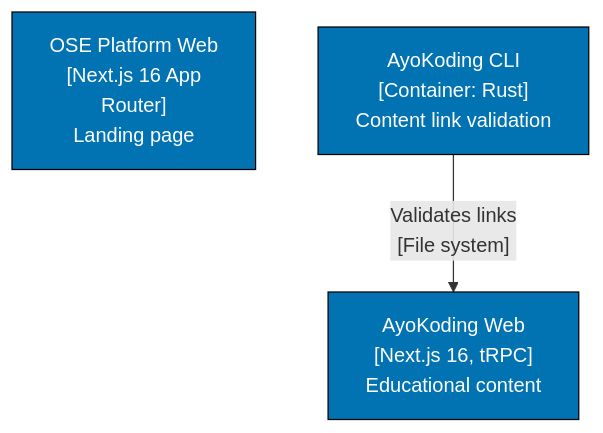
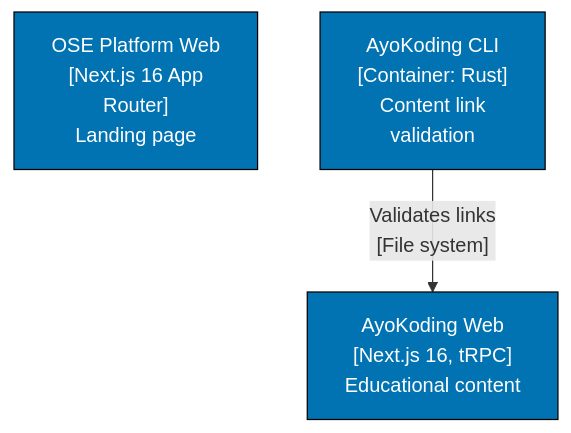
The first of 3 diagrams in docs/explanation/software-engineering/architecture/c4-architecture-model/nx-workspace-visualization.md (wahidyankf/ose-public), drawn with Mermaid before and after one commit. The commit also changed other lines of this file and 220 other files, not shown here.

First line of the commit message:
docs: split mermaid labels to 20 graphemes and add palette defaults

````diff
--- a/docs/explanation/software-engineering/architecture/c4-architecture-model/nx-workspace-visualization.md
+++ b/docs/explanation/software-engineering/architecture/c4-architecture-model/nx-workspace-visualization.md
@@ -51,12 +51,13 @@
 ```mermaid
 graph TD
     accTitle: Apps → Containers
     accDescr: AyoKoding CLI Container: Rust Content link validation leads to AyoKoding Web Next.js 16, tRPC Educational content via Validates links File system; and 2 more links.
     OseWeb["OSE Platform Web<br/>[Next.js 16 App<br/>Router]<br/>Landing page"]:::blue
     AyoWeb["AyoKoding Web<br/>[Next.js 16, tRPC]<br/>Educational content"]:::blue
-    AyoCLI["AyoKoding CLI<br/>[Container: Rust]<br/>Content link validation"]:::blue
+    AyoCLI["AyoKoding CLI<br/>[Container: Rust]<br/>Content link<br/>validation"]:::blue
 
     AyoCLI -->|"Validates links<br/>[File system]"| AyoWeb
 
     classDef blue fill:#0173B2,stroke:#000000,color:#FFFFFF
+    classDef default fill:#FFFFFF,stroke:#000000,color:#000000
 ```
````
